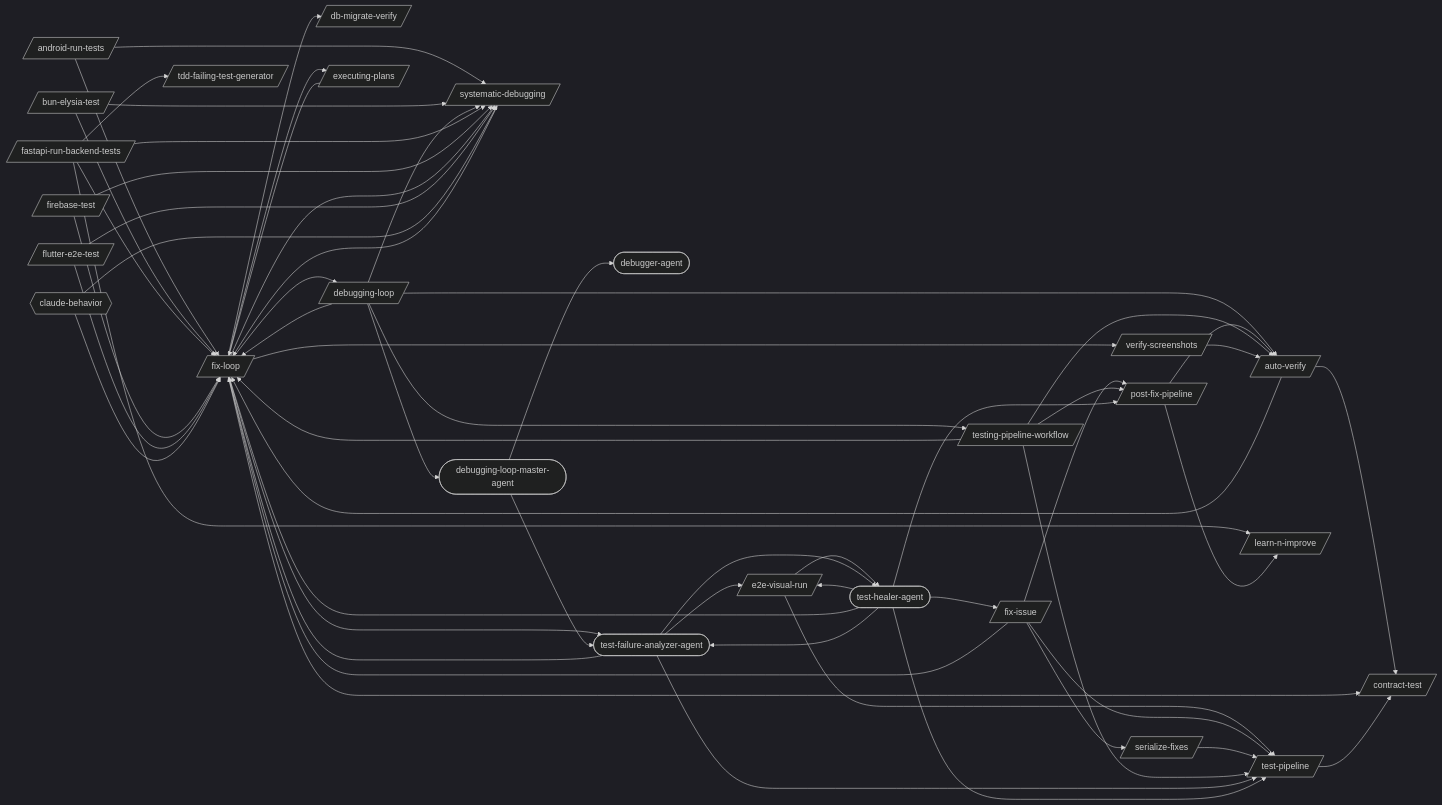
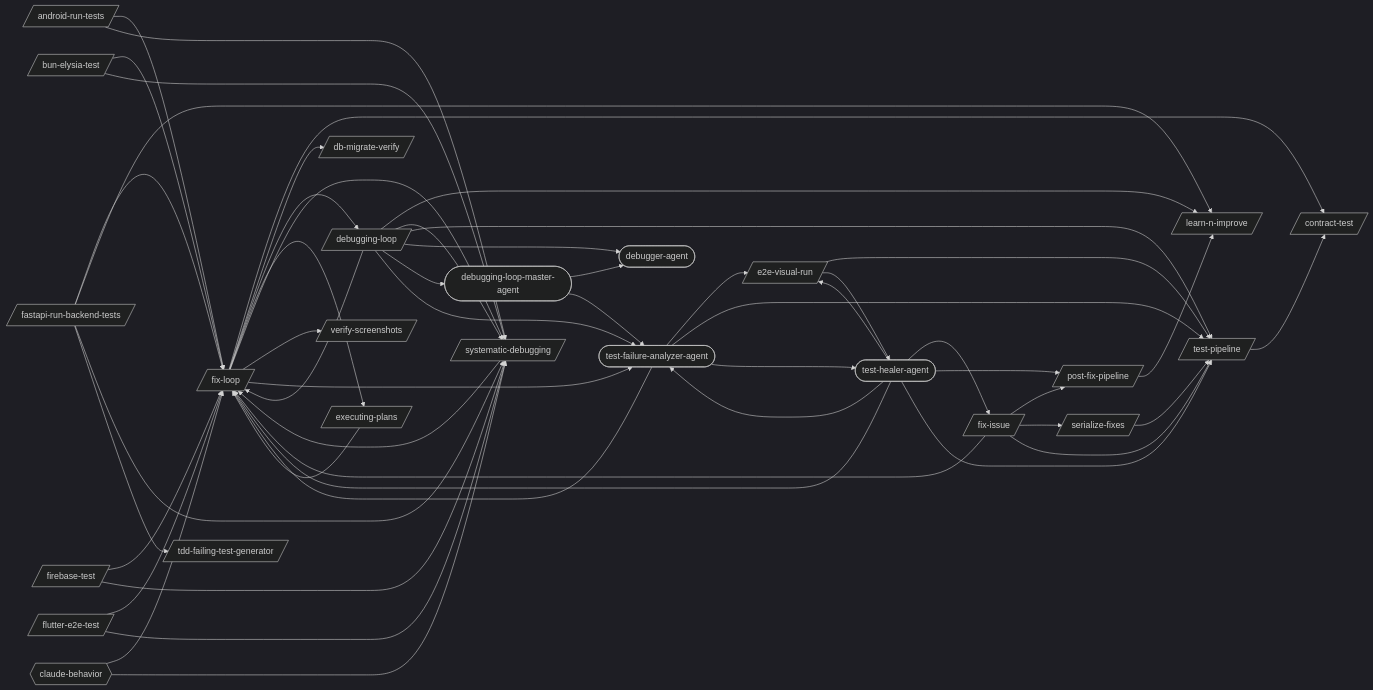
The first of 23 diagrams in docs/workflows/debugging-loop.md (abhayla/claude-best-practices), drawn with Mermaid (dark theme) before and after one commit. The commit also changed other lines of this file and 12 other files, not shown here.

````diff
--- a/docs/workflows/debugging-loop.md
+++ b/docs/workflows/debugging-loop.md
@@ -9,7 +9,6 @@
 ```mermaid
 graph LR
     android_run_tests[/android-run-tests/]
-    auto_verify[/auto-verify/]
     bun_elysia_test[/bun-elysia-test/]
     contract_test[/contract-test/]
     db_migrate_verify[/db-migrate-verify/]
@@ -27,7 +26,6 @@
     systematic_debugging[/systematic-debugging/]
     tdd_failing_test_generator[/tdd-failing-test-generator/]
     test_pipeline[/test-pipeline/]
-    testing_pipeline_workflow[/testing-pipeline-workflow/]
     verify_screenshots[/verify-screenshots/]
     debugger_agent([debugger-agent])
     debugging_loop_master_agent([debugging-loop-master-agent])
@@ -36,15 +34,15 @@
     claude_behavior{{claude-behavior}}
     android_run_tests --> fix_loop
     android_run_tests --> systematic_debugging
-    auto_verify --> contract_test
-    auto_verify --> fix_loop
     bun_elysia_test --> fix_loop
     bun_elysia_test --> systematic_debugging
-    debugging_loop --> auto_verify
     debugging_loop --> fix_loop
+    debugging_loop --> learn_n_improve
     debugging_loop --> systematic_debugging
-    debugging_loop --> testing_pipeline_workflow
+    debugging_loop --> test_pipeline
+    debugging_loop --> debugger_agent
     debugging_loop --> debugging_loop_master_agent
+    debugging_loop --> test_failure_analyzer_agent
     e2e_visual_run --> test_pipeline
     e2e_visual_run --> test_healer_agent
     executing_plans --> fix_loop
@@ -67,16 +65,10 @@
     fix_loop --> test_failure_analyzer_agent
     flutter_e2e_test --> fix_loop
     flutter_e2e_test --> systematic_debugging
-    post_fix_pipeline --> auto_verify
     post_fix_pipeline --> learn_n_improve
     serialize_fixes --> test_pipeline
     systematic_debugging --> fix_loop
     test_pipeline --> contract_test
-    testing_pipeline_workflow --> auto_verify
-    testing_pipeline_workflow --> fix_loop
-    testing_pipeline_workflow --> post_fix_pipeline
-    testing_pipeline_workflow --> test_pipeline
-    verify_screenshots --> auto_verify
     debugging_loop_master_agent --> debugger_agent
     debugging_loop_master_agent --> test_failure_analyzer_agent
     test_failure_analyzer_agent --> e2e_visual_run
````
